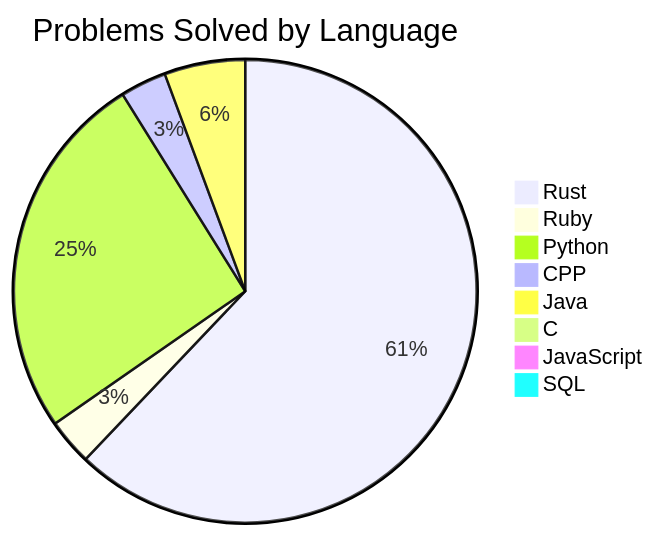
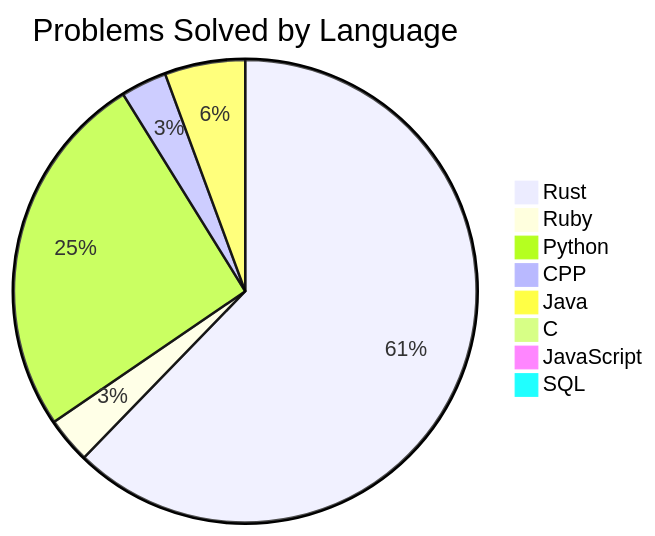
The second of 2 diagrams in README.md (Liam-Wirth/leetcode-solutions), drawn with Mermaid before and after one commit. The commit also changed other lines of this file and 7 other files, not shown here.

````diff
--- a/README.md
+++ b/README.md
@@ -47,11 +47,11 @@
 ```mermaid
 pie title Problems Solved by Language
-    "Rust": 154
+    "Rust": 155
     "Ruby": 8
     "Python": 64
     "CPP": 8
     "Java": 14
     "C": 1
     "JavaScript": 2
     "SQL": 2
 ```
````
